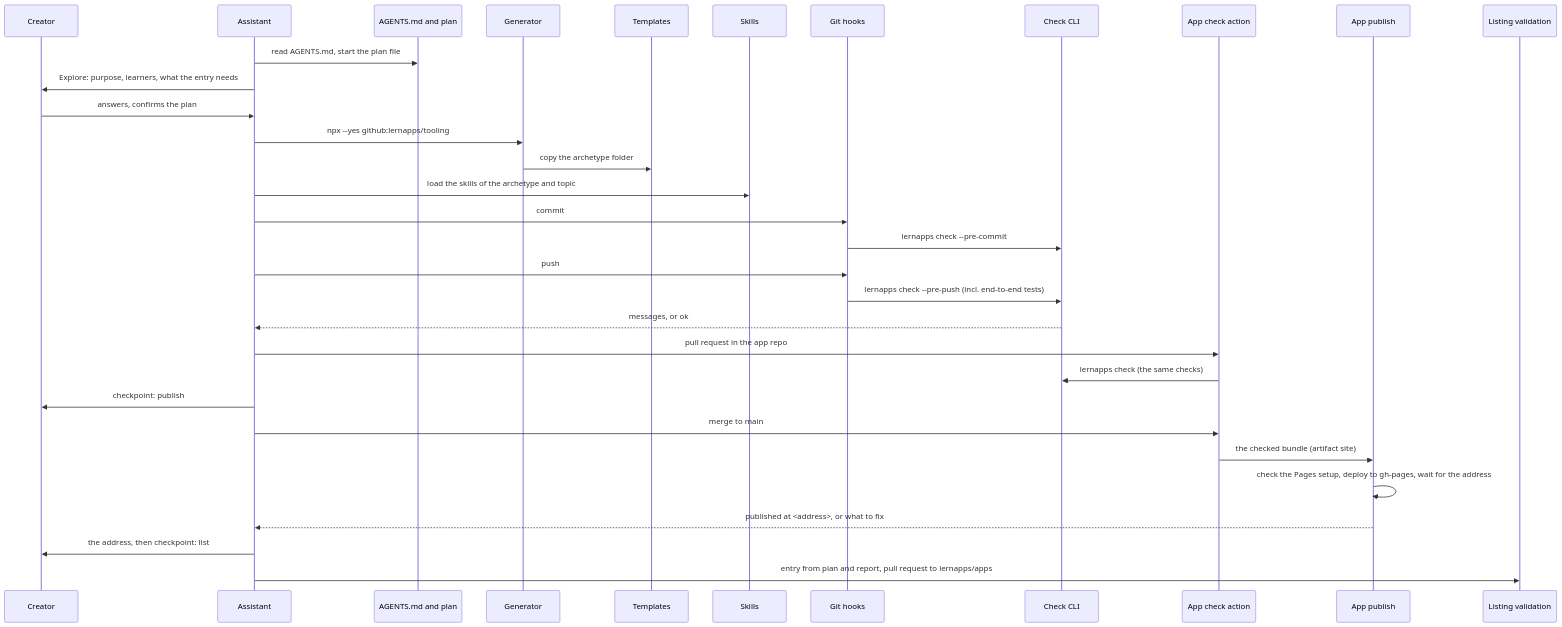
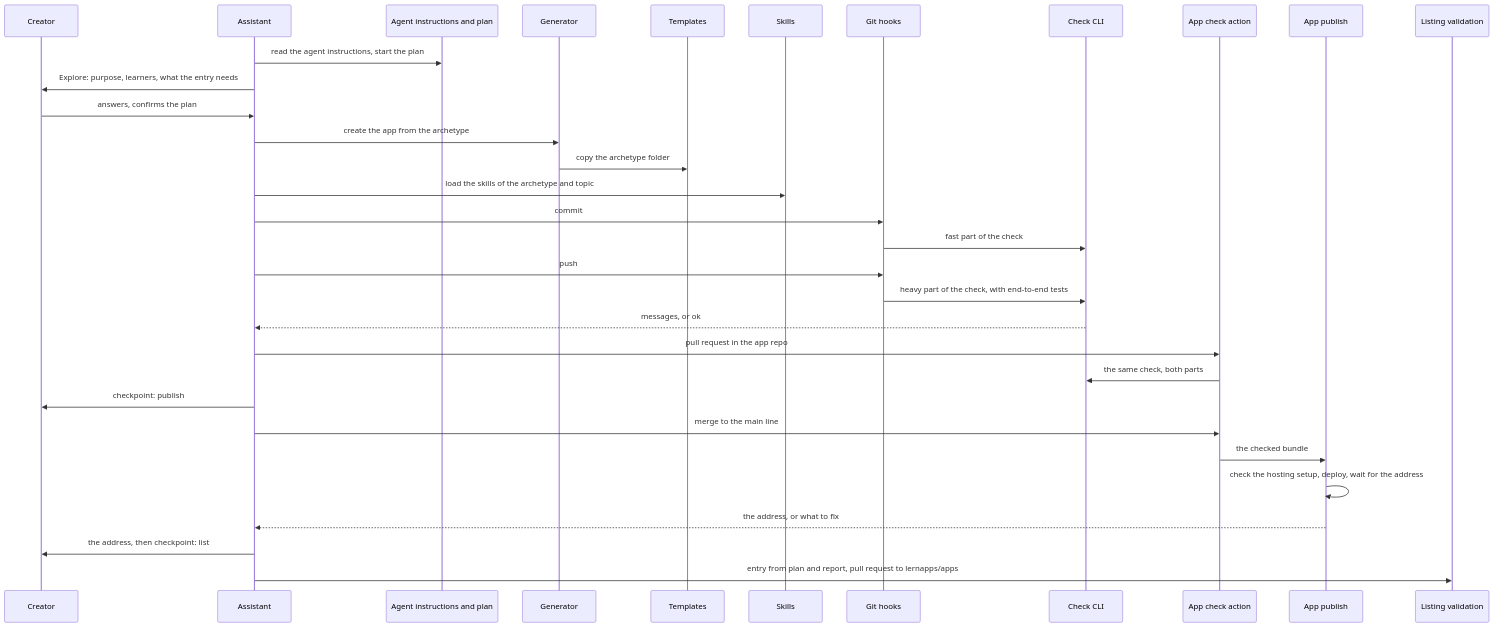
One commit to lernapps/tooling changed the first of 4 diagrams in docs/arc42/06-runtime-view.arc42.md. Above: the diagram before and after it, drawn with Mermaid. The commit also changed other lines of this file and 26 other files, not shown here.

First line of the commit message:
docs: the architecture states responsibilities, the README orients, details live in code

````diff
--- a/docs/arc42/06-runtime-view.arc42.md
+++ b/docs/arc42/06-runtime-view.arc42.md
@@ -32,34 +32,34 @@
 ```mermaid
 sequenceDiagram
     participant creator as Creator
     participant assistant as Assistant
-    participant guidance as AGENTS.md and plan
+    participant guidance as Agent instructions and plan
     participant generator as Generator
     participant templates as Templates
     participant skills as Skills
     participant hooks as Git hooks
     participant check as Check CLI
     participant ci as App check action
     participant publish as App publish
     participant listing as Listing validation
-    assistant->>guidance: read AGENTS.md, start the plan file
+    assistant->>guidance: read the agent instructions, start the plan
     assistant->>creator: Explore: purpose, learners, what the entry needs
     creator->>assistant: answers, confirms the plan
-    assistant->>generator: npx --yes github:lernapps/tooling#main create --archetype <name>
+    assistant->>generator: create the app from the archetype
     generator->>templates: copy the archetype folder
     assistant->>skills: load the skills of the archetype and topic
     assistant->>hooks: commit
-    hooks->>check: lernapps check --pre-commit
+    hooks->>check: fast part of the check
     assistant->>hooks: push
-    hooks->>check: lernapps check --pre-push (incl. end-to-end tests)
+    hooks->>check: heavy part of the check, with end-to-end tests
     check-->>assistant: messages, or ok
     assistant->>ci: pull request in the app repo
-    ci->>check: lernapps check (the same checks)
+    ci->>check: the same check, both parts
     assistant->>creator: checkpoint: publish
-    assistant->>ci: merge to main
-    ci->>publish: the checked bundle (artifact site)
-    publish->>publish: check the Pages setup, deploy to gh-pages, wait for the address
-    publish-->>assistant: published at <address>, or what to fix
+    assistant->>ci: merge to the main line
+    ci->>publish: the checked bundle
+    publish->>publish: check the hosting setup, deploy, wait for the address
+    publish-->>assistant: the address, or what to fix
     assistant->>creator: the address, then checkpoint: list
     assistant->>listing: entry from plan and report, pull request to lernapps/apps
 ```
````
